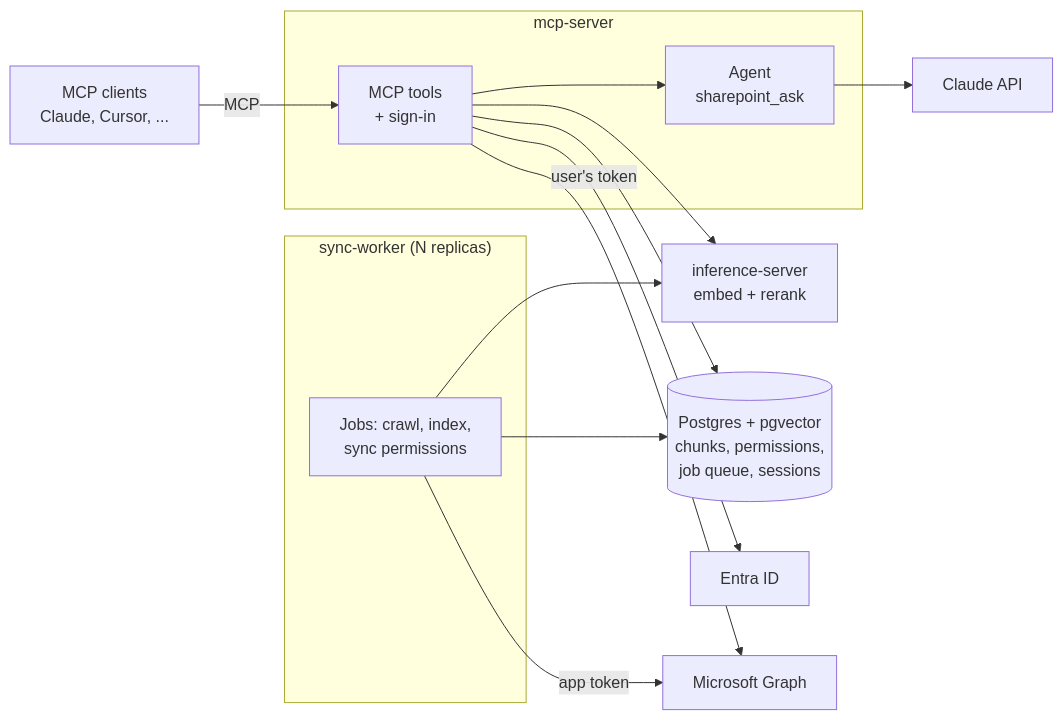
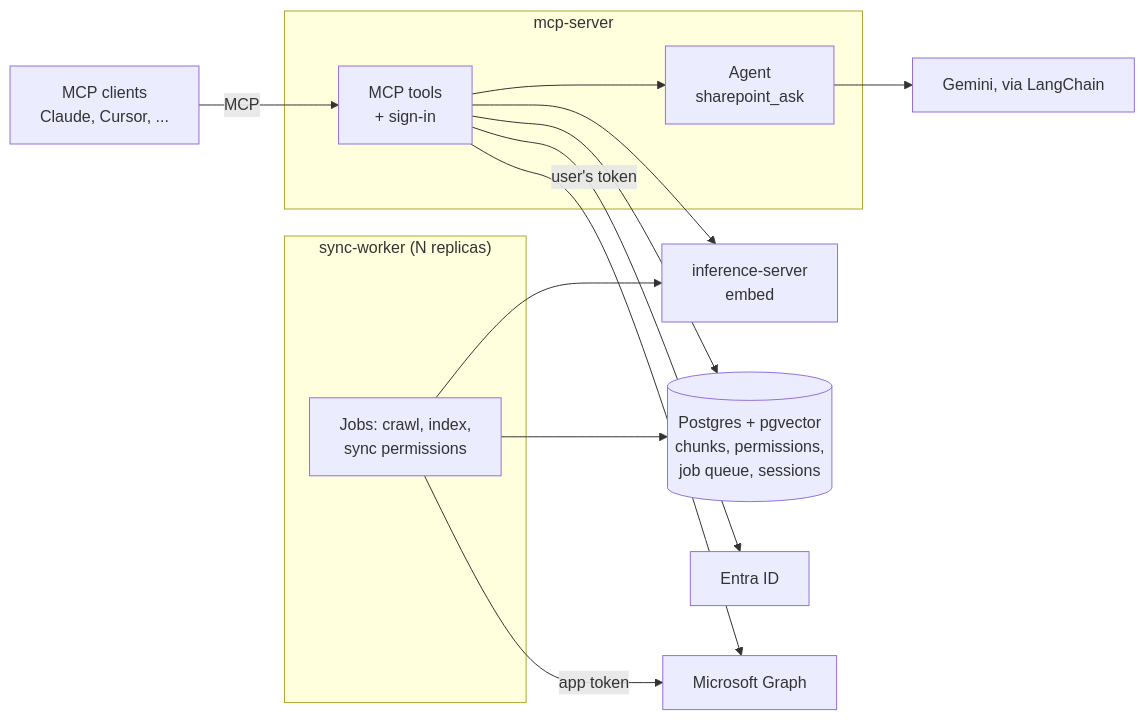
One commit to istvanvonfedak/sharepoint-knowledge-agent changed the first of 4 diagrams in docs/architecture.md. Above: the diagram before and after it, drawn with Mermaid. The commit also changed other lines of this file and 77 other files, not shown here.

First line of the commit message:
Implement the index architecture: sync-worker, inference-server and sharepoint_ask

````diff
--- a/docs/architecture.md
+++ b/docs/architecture.md
@@ -27,31 +29,31 @@
 ```mermaid
 flowchart LR
     MC[MCP clients<br/>Claude, Cursor, ...]
 
     subgraph MCPS["mcp-server"]
         API[MCP tools<br/>+ sign-in]
         AG[Agent<br/>sharepoint_ask]
     end
 
     subgraph SW["sync-worker (N replicas)"]
         JOBS[Jobs: crawl, index,<br/>sync permissions]
     end
 
-    LLM[Claude API]
-    INF["inference-server<br/>embed + rerank"]
+    LLM[Gemini, via LangChain]
+    INF["inference-server<br/>embed"]
     PG[("Postgres + pgvector<br/>chunks, permissions,<br/>job queue, sessions")]
     ENTRA[Entra ID]
     GRAPH[Microsoft Graph]
 
     MC -->|MCP| API
     API --> AG
     AG --> LLM
     API --> ENTRA
     API --> INF
     API --> PG
     API -->|user's token| GRAPH
 
     JOBS --> PG
     JOBS --> INF
     JOBS -->|app token| GRAPH
 ```
````
